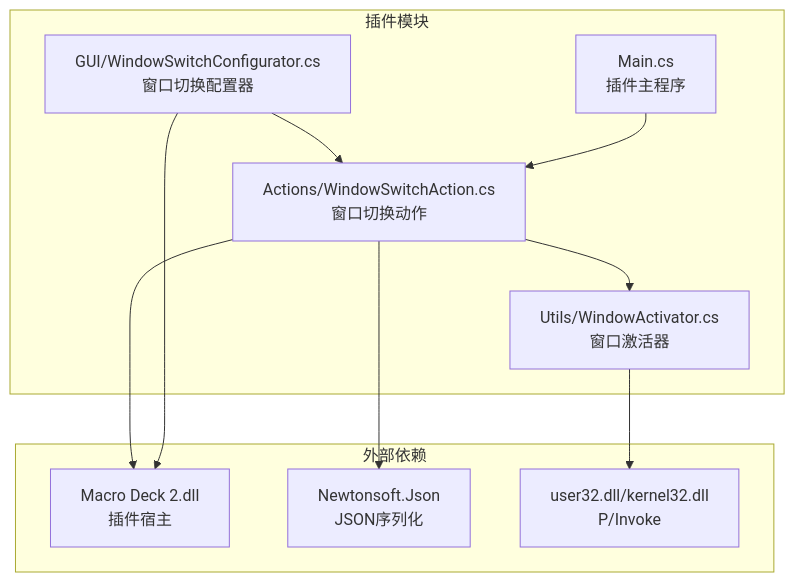
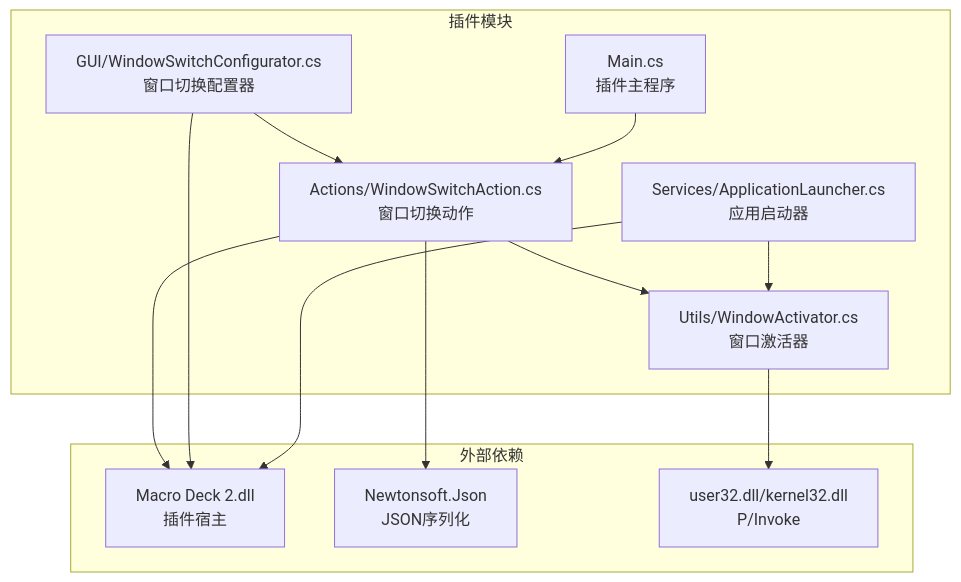
One commit to tea4go/Macro-Deck-Windows-Utils-Plugin changed the first of 4 diagrams in .qoder/repowiki/zh/content/开发者指南/工具函数库/窗口激活器.md. Above: the diagram before and after it, drawn with Mermaid. The commit also changed other lines of this file and 38 other files, not shown here.

````diff
--- a/.qoder/repowiki/zh/content/开发者指南/工具函数库/窗口激活器.md
+++ b/.qoder/repowiki/zh/content/开发者指南/工具函数库/窗口激活器.md
@@ -49,21 +51,24 @@
 ```mermaid
 graph TB
 subgraph "插件模块"
 WA["Utils/WindowActivator.cs<br/>窗口激活器"]
 WSA["Actions/WindowSwitchAction.cs<br/>窗口切换动作"]
 WSC["GUI/WindowSwitchConfigurator.cs<br/>窗口切换配置器"]
+AL["Services/ApplicationLauncher.cs<br/>应用启动器"]
 MAIN["Main.cs<br/>插件主程序"]
 end
 subgraph "外部依赖"
 MD["Macro Deck 2.dll<br/>插件宿主"]
 JSON["Newtonsoft.Json<br/>JSON序列化"]
 USR["user32.dll/kernel32.dll<br/>P/Invoke"]
 end
 WSA --> WA
 WSC --> WSA
+AL --> WA
 MAIN --> WSA
 WA --> USR
 WSA --> MD
 WSC --> MD
+AL --> MD
 WSA --> JSON
 ```
````
